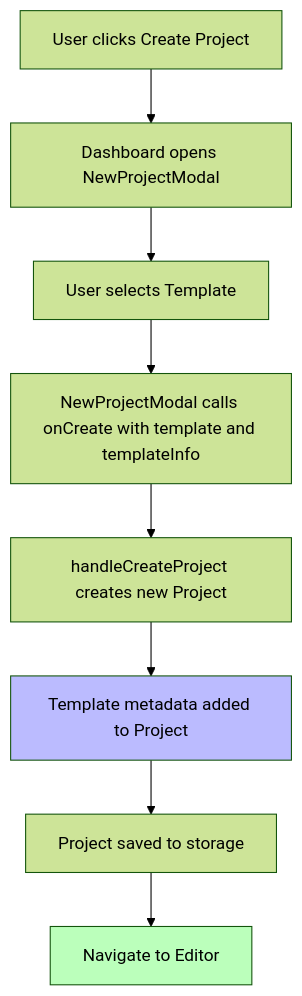
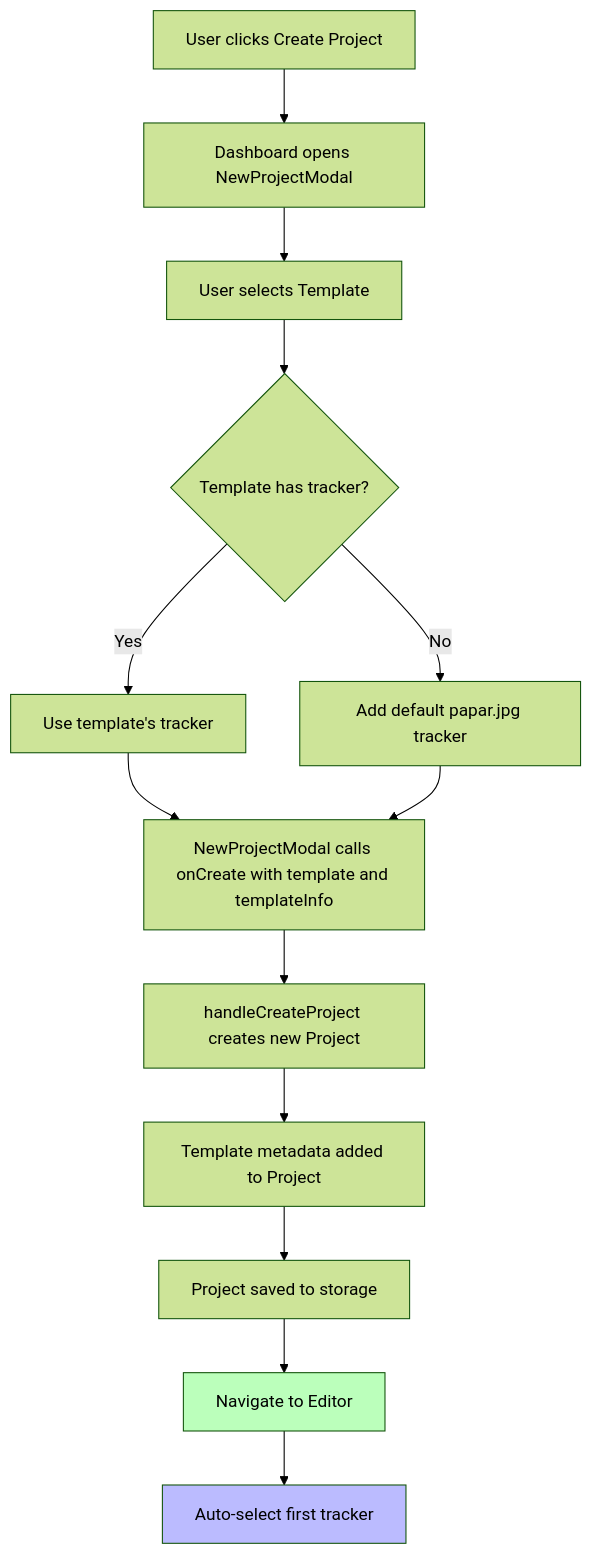
One commit to bnyawallow/papar-studio changed the first of 2 diagrams in plans/template-system-implementation-plan.md. Above: the diagram before and after it, drawn with Mermaid (forest theme). The commit also changed other lines of this file and 18 other files, not shown here.

Commit message:
refactor: centralize defaultTracker and add TODO comments for unused types

````diff
--- a/plans/template-system-implementation-plan.md
+++ b/plans/template-system-implementation-plan.md
@@ -254,13 +487,18 @@
 ```mermaid
 flowchart TD
     A[User clicks Create Project] --> B[Dashboard opens NewProjectModal]
     B --> C[User selects Template]
-    C --> D[NewProjectModal calls onCreate with template and templateInfo]
-    D --> E[handleCreateProject creates new Project]
-    E --> F[Template metadata added to Project]
-    F --> G[Project saved to storage]
-    G --> H[Navigate to Editor]
+    C --> D{Template has tracker?}
+    D -->|Yes| E[Use template's tracker]
+    D -->|No| F[Add default papar.jpg tracker]
+    E --> G[NewProjectModal calls onCreate with template and templateInfo]
+    F --> G
+    G --> H[handleCreateProject creates new Project]
+    H --> I[Template metadata added to Project]
+    I --> J[Project saved to storage]
+    J --> K[Navigate to Editor]
+    K --> L[Auto-select first tracker]
     
-    style F fill:#bbf
-    style H fill:#bfb
+    style L fill:#bbf
+    style K fill:#bfb
 ```
````
